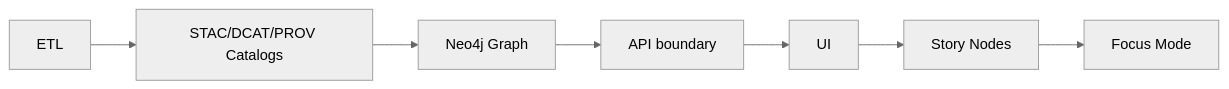
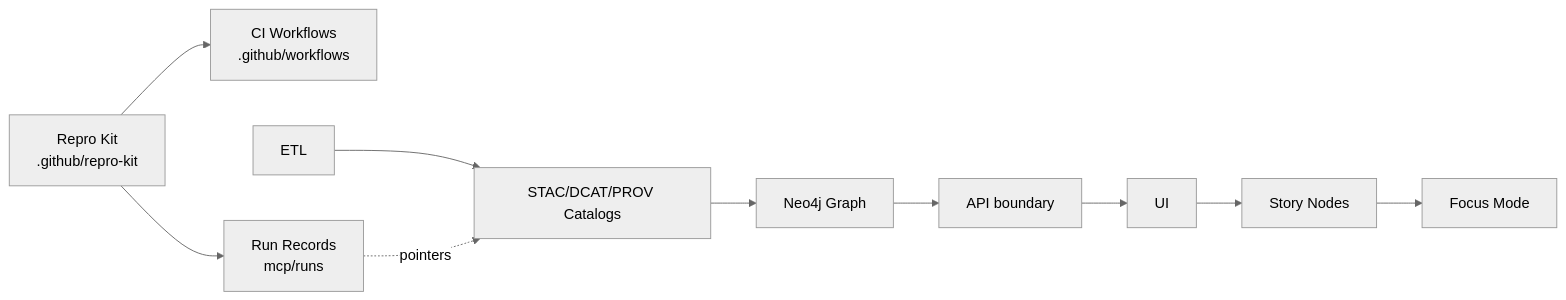
The first of 2 diagrams in .github/repro-kit/README.md (bartytime4life/Kansas-Frontier-Matrix), drawn with Mermaid (neutral theme) before and after one commit. The commit also changed other lines of this file, not shown here.

```diff
--- a/.github/repro-kit/README.md
+++ b/.github/repro-kit/README.md
@@ -151,9 +225,14 @@
 ~~~mermaid
 flowchart LR
-  A[ETL] --> B[STAC/DCAT/PROV Catalogs]
-  B --> C[Neo4j Graph]
-  C --> D[API boundary]
-  D --> E[UI]
-  E --> F[Story Nodes]
-  F --> G[Focus Mode]
+  RK[Repro Kit<br/>.github/repro-kit] --> CI[CI Workflows<br/>.github/workflows]
+  RK --> RUNS[Run Records<br/>mcp/runs]
+
+  ETL[ETL] --> CATS[STAC/DCAT/PROV Catalogs]
+  CATS --> GRAPH[Neo4j Graph]
+  GRAPH --> API[API boundary]
+  API --> UI[UI]
+  UI --> SN[Story Nodes]
+  SN --> FM[Focus Mode]
+
+  RUNS -. pointers .-> CATS
 ~~~
```
